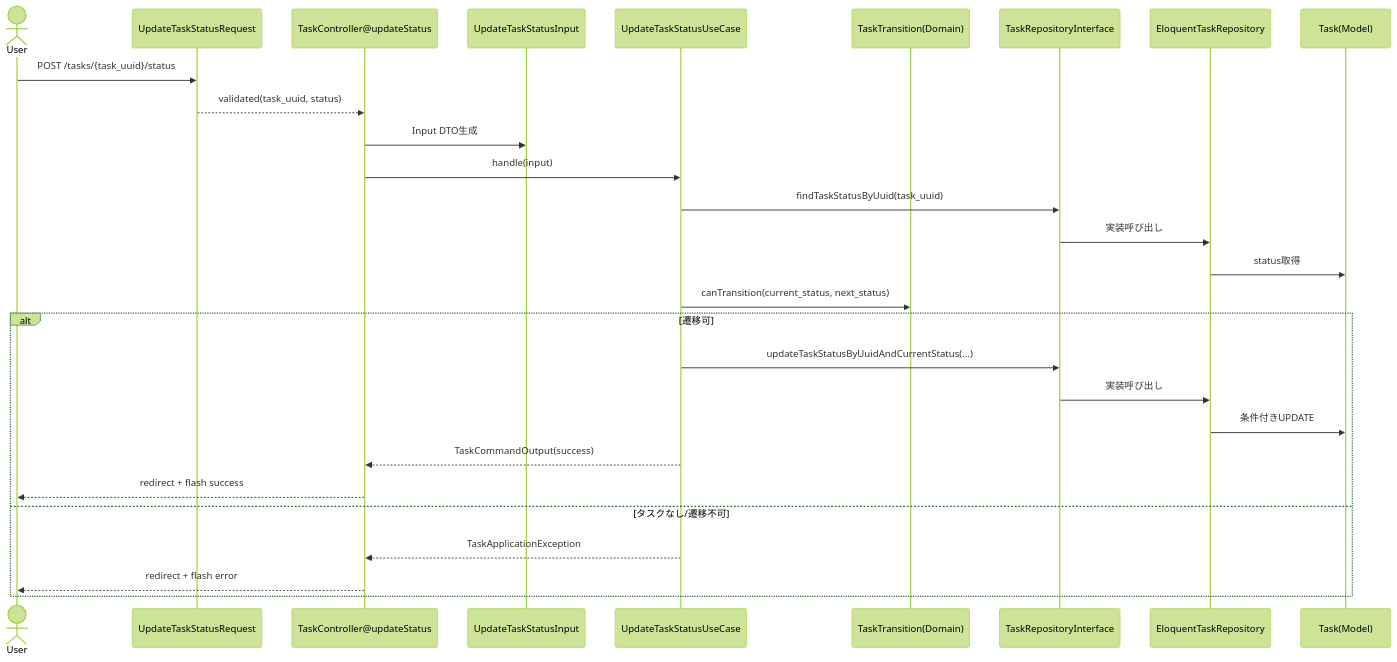
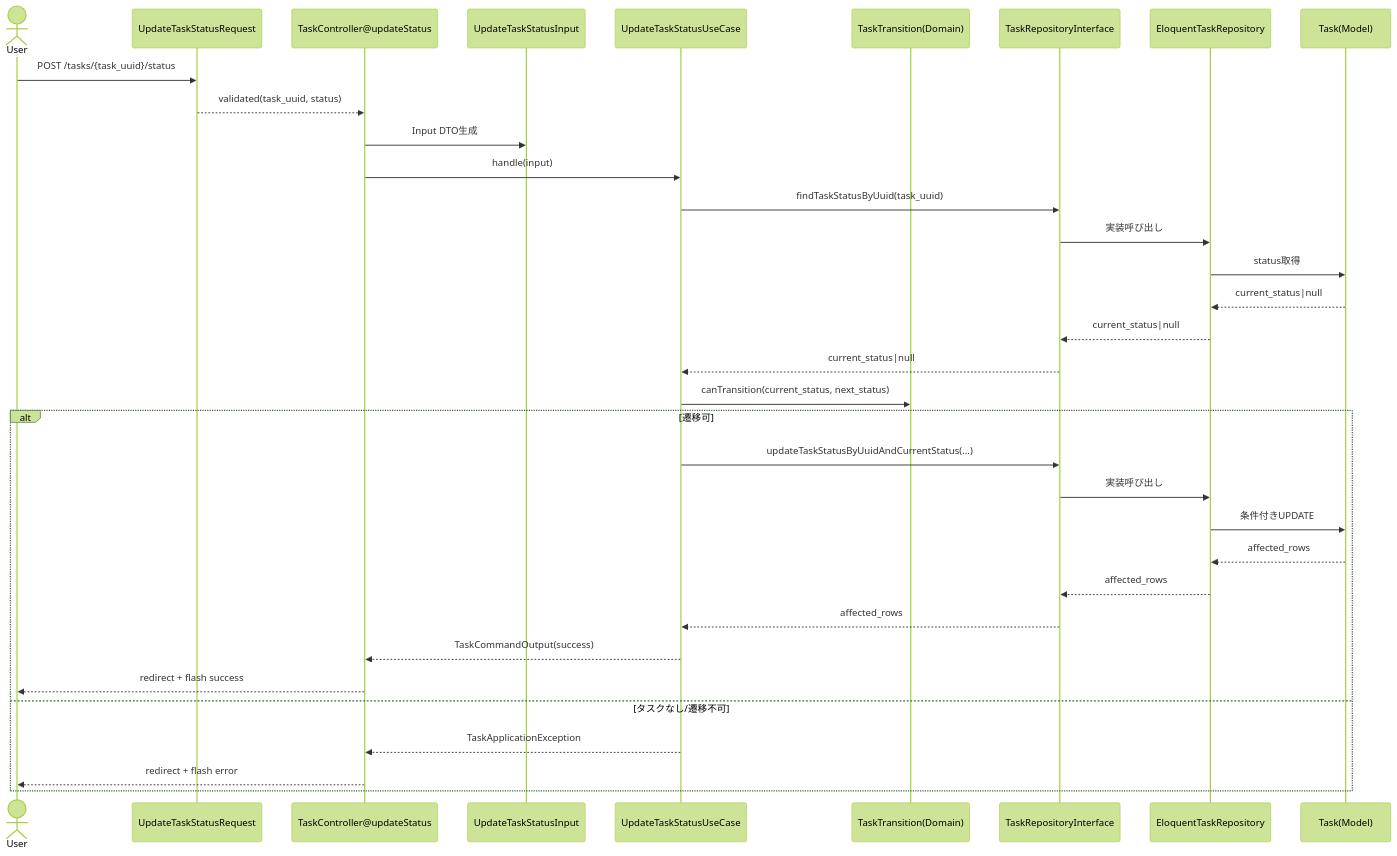
The fourth of 5 diagrams in docs/task-usecase-data-flow.md (pasgroup/laravel-playground), drawn with Mermaid (forest theme) before and after one commit. The commit also changed other lines of this file and 6 other files, not shown here.

````diff
--- a/docs/task-usecase-data-flow.md
+++ b/docs/task-usecase-data-flow.md
@@ -91,31 +96,37 @@
 ```mermaid
 sequenceDiagram
     actor U as User
     participant Req as UpdateTaskStatusRequest
     participant C as TaskController@updateStatus
     participant D as UpdateTaskStatusInput
     participant UU as UpdateTaskStatusUseCase
     participant TT as TaskTransition(Domain)
     participant Repo as TaskRepositoryInterface
     participant ER as EloquentTaskRepository
     participant T as Task(Model)
 
     U->>Req: POST /tasks/{task_uuid}/status
     Req-->>C: validated(task_uuid, status)
     C->>D: Input DTO生成
     C->>UU: handle(input)
     UU->>Repo: findTaskStatusByUuid(task_uuid)
     Repo->>ER: 実装呼び出し
     ER->>T: status取得
+    T-->>ER: current_status|null
+    ER-->>Repo: current_status|null
+    Repo-->>UU: current_status|null
     UU->>TT: canTransition(current_status, next_status)
     alt 遷移可
         UU->>Repo: updateTaskStatusByUuidAndCurrentStatus(...)
         Repo->>ER: 実装呼び出し
         ER->>T: 条件付きUPDATE
+        T-->>ER: affected_rows
+        ER-->>Repo: affected_rows
+        Repo-->>UU: affected_rows
         UU-->>C: TaskCommandOutput(success)
         C-->>U: redirect + flash success
     else タスクなし/遷移不可
         UU-->>C: TaskApplicationException
         C-->>U: redirect + flash error
     end
 ```
````
